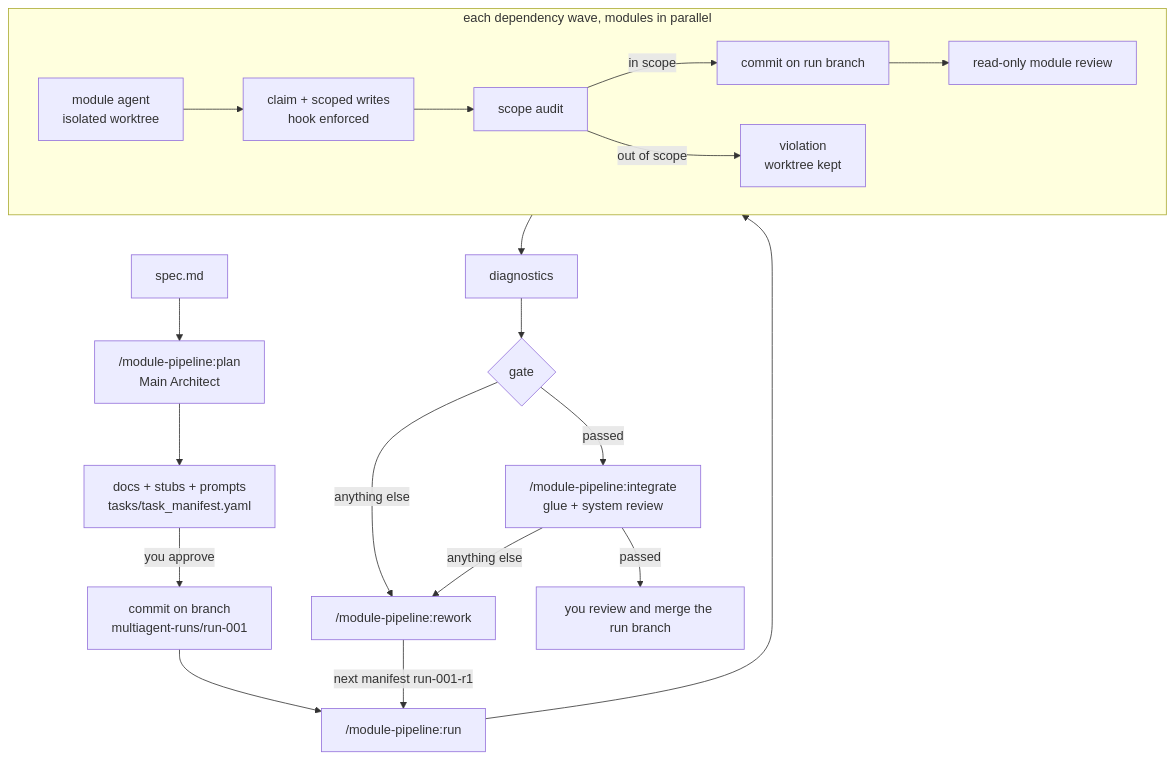
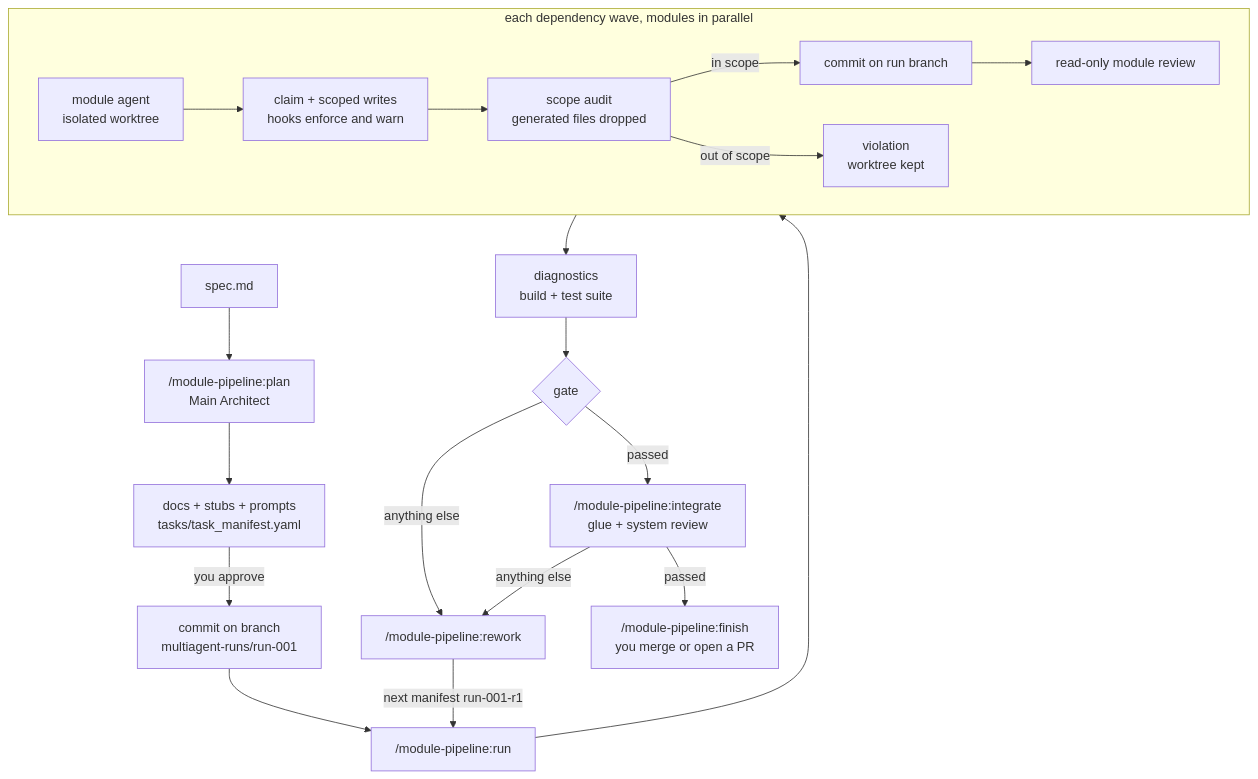
Before and after one commit to spardanviro/MultiAgentGameStudio: the diagram in README.md, drawn with Mermaid. The commit also changed other lines of this file and 5 other files, not shown here.

````diff
--- a/README.md
+++ b/README.md
@@ -96,22 +111,22 @@
 ```mermaid
 flowchart TD
     S[spec.md] --> P["/module-pipeline:plan<br/>Main Architect"]
     P --> M[docs + stubs + prompts<br/>tasks/task_manifest.yaml]
     M -->|you approve| B[commit on branch<br/>multiagent-runs/run-001]
     B --> R["/module-pipeline:run"]
     subgraph wave [each dependency wave, modules in parallel]
-        I[module agent<br/>isolated worktree] --> C[claim + scoped writes<br/>hook enforced]
-        C --> A[scope audit]
+        I[module agent<br/>isolated worktree] --> C[claim + scoped writes<br/>hooks enforce and warn]
+        C --> A[scope audit<br/>generated files dropped]
         A -->|in scope| K[commit on run branch]
         A -->|out of scope| V[violation<br/>worktree kept]
         K --> RV[read-only module review]
     end
     R --> wave
-    wave --> D[diagnostics]
+    wave --> D[diagnostics<br/>build + test suite]
     D --> G{gate}
     G -->|passed| INT["/module-pipeline:integrate<br/>glue + system review"]
     G -->|anything else| RW["/module-pipeline:rework"]
-    INT -->|passed| MERGE[you review and merge the run branch]
+    INT -->|passed| MERGE["/module-pipeline:finish<br/>you merge or open a PR"]
     INT -->|anything else| RW
     RW -->|next manifest run-001-r1| R
 ```
````
